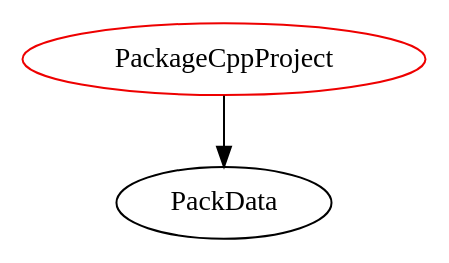
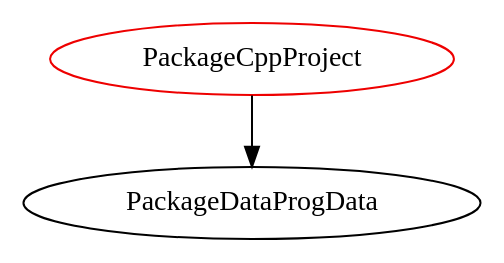
One commit to JacquesCarette/Drasil changed the diagram in analysis/TypeDependencyGraphs/code/PackageCppProject.dot. Above: the diagram before and after it, drawn with Graphviz. The commit also changed 253 other files, not shown here.

```diff
--- a/analysis/TypeDependencyGraphs/code/PackageCppProject.dot
+++ b/analysis/TypeDependencyGraphs/code/PackageCppProject.dot
@@ -1,4 +1,4 @@
 digraph packagecppproject{
 PackageCppProject	[shape=oval, color=red2, label="PackageCppProject"];
-PackageCppProject -> PackData;
+PackageCppProject -> PackageDataProgData;
 }
```
